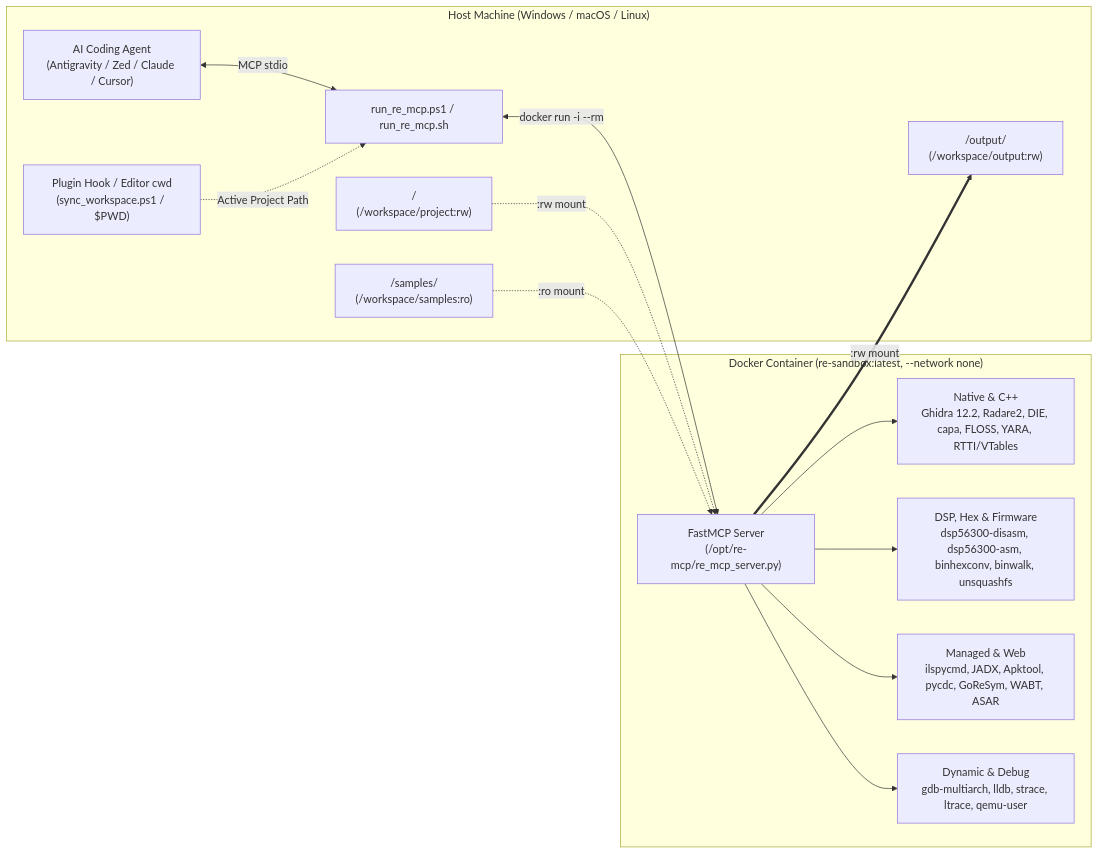
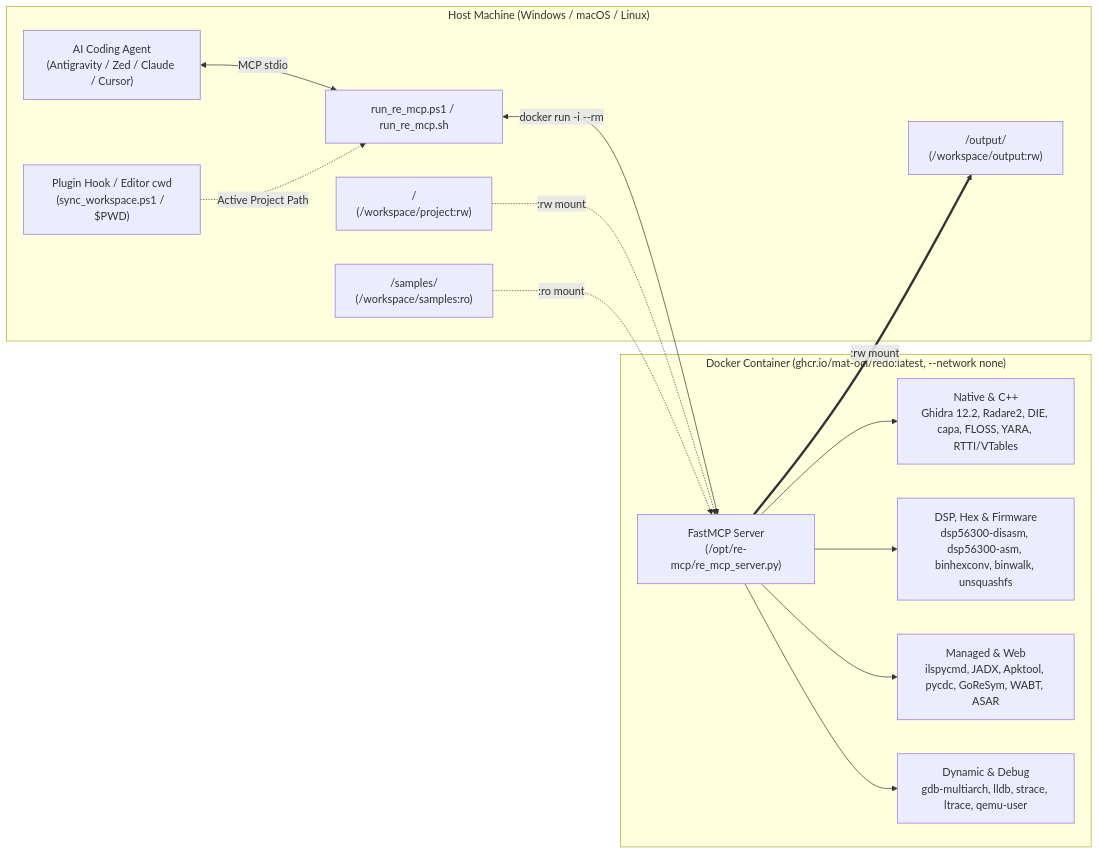
One commit to mat-ocl/redo changed the diagram in README.md. Above: the diagram before and after it, drawn with Mermaid. The commit also changed other lines of this file and 9 other files, not shown here.

First line of the commit message:
refactor: use ghcr.io/mat-ocl/redo:latest directly without intermediate docker tag step

````diff
--- a/README.md
+++ b/README.md
@@ -23,30 +23,30 @@
 ```mermaid
 flowchart LR
     subgraph Host["Host Machine (Windows / macOS / Linux)"]
         Agent["AI Coding Agent\n(Antigravity / Zed / Claude / Cursor)"]
         Hook["Plugin Hook / Editor cwd\n(sync_workspace.ps1 / $PWD)"]
         Launcher["run_re_mcp.ps1 / run_re_mcp.sh"]
         Project["<ActiveProject>/\n(/workspace/project:rw)"]
         Samples["<ActiveProject>/samples/\n(/workspace/samples:ro)"]
         Output["<ActiveProject>/output/\n(/workspace/output:rw)"]
     end
 
-    subgraph Container["Docker Container (re-sandbox:latest, --network none)"]
+    subgraph Container["Docker Container (ghcr.io/mat-ocl/redo:latest, --network none)"]
         MCP["FastMCP Server\n(/opt/re-mcp/re_mcp_server.py)"]
         Native["Native & C++\nGhidra 12.2, Radare2, DIE, capa, FLOSS, YARA, RTTI/VTables"]
         DSP["DSP, Hex & Firmware\ndsp56300-disasm, dsp56300-asm, binhexconv, binwalk, unsquashfs"]
         Managed["Managed & Web\nilspycmd, JADX, Apktool, pycdc, GoReSym, WABT, ASAR"]
         Dynamic["Dynamic & Debug\ngdb-multiarch, lldb, strace, ltrace, qemu-user"]
     end
 
     Agent <-->|"MCP stdio"| Launcher
     Hook -.->|"Active Project Path"| Launcher
     Launcher <-->|"docker run -i --rm"| MCP
     Project -.->|":rw mount"| MCP
     Samples -.->|":ro mount"| MCP
     MCP ==>|":rw mount"| Output
     MCP --> Native
     MCP --> DSP
     MCP --> Managed
     MCP --> Dynamic
 ```
````
